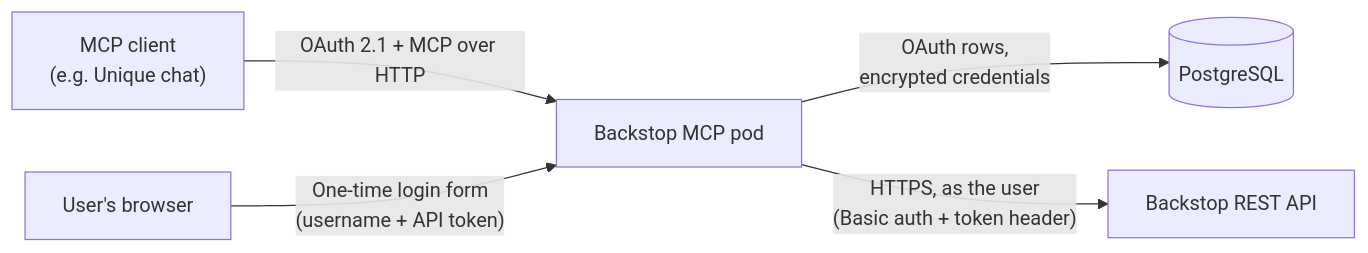
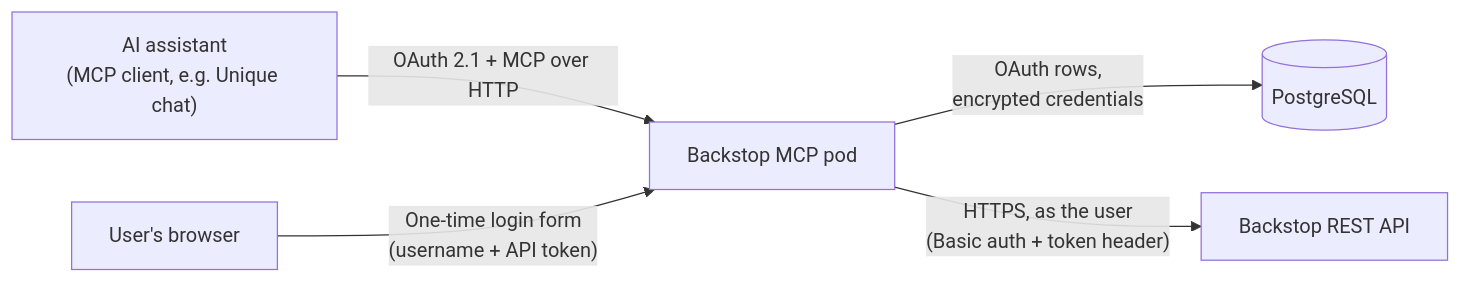
Before and after one commit to Unique-AG/connectors: the diagram in services/backstop-mcp/docs/README.md, drawn with Mermaid. The commit also changed other lines of this file, not shown here.

First line of the commit message:
docs(backstop-mcp): correct and clarify the overview page

````diff
--- a/services/backstop-mcp/docs/README.md
+++ b/services/backstop-mcp/docs/README.md
@@ -75,13 +78,13 @@
 ```mermaid
 flowchart LR
-    Client["MCP client<br/>(e.g. Unique chat)"]
+    Client["AI assistant<br/>(MCP client, e.g. Unique chat)"]
     Browser["User's browser"]
     Server["Backstop MCP pod"]
     DB[("PostgreSQL")]
     Backstop["Backstop REST API"]
 
     Client -->|"OAuth 2.1 + MCP over HTTP"| Server
     Browser -->|"One-time login form<br/>(username + API token)"| Server
     Server -->|"OAuth rows,<br/>encrypted credentials"| DB
     Server -->|"HTTPS, as the user<br/>(Basic auth + token header)"| Backstop
 ```
````
